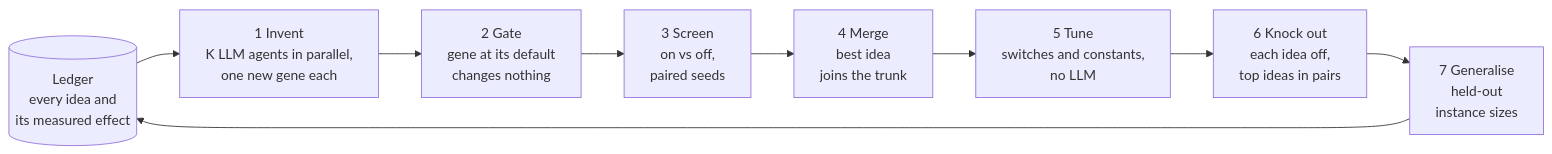
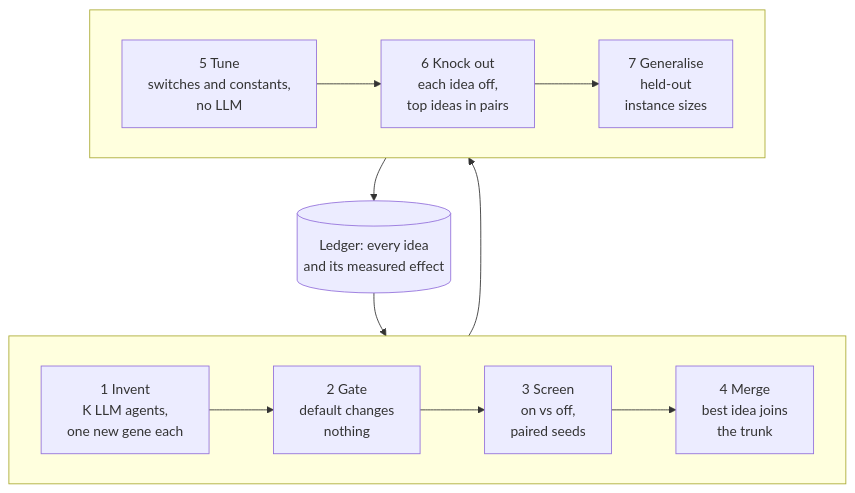
Before and after one commit to hashkanna/mendel-evolve: the diagram in README.md, drawn with Mermaid.

Commit message:
README: lay the loop diagram out in two rows so it reads at normal size
Claude-Session: https://claude.ai/code/session_01HSdx7AmrScJ1XGWL81HwQ7

````diff
--- a/README.md
+++ b/README.md
@@ -63,11 +63,15 @@
 ```mermaid
-flowchart LR
-    L[("Ledger<br/>every idea and<br/>its measured effect")] --> I["1 Invent<br/>K LLM agents in parallel,<br/>one new gene each"]
-    I --> G["2 Gate<br/>gene at its default<br/>changes nothing"]
-    G --> S["3 Screen<br/>on vs off,<br/>paired seeds"]
-    S --> M["4 Merge<br/>best idea<br/>joins the trunk"]
-    M --> T["5 Tune<br/>switches and constants,<br/>no LLM"]
-    T --> K["6 Knock out<br/>each idea off,<br/>top ideas in pairs"]
-    K --> X["7 Generalise<br/>held-out<br/>instance sizes"]
+flowchart TB
+    L[("Ledger: every idea<br/>and its measured effect")]
+    subgraph propose [" "]
+        direction LR
+        I["1 Invent<br/>K LLM agents,<br/>one new gene each"] --> G["2 Gate<br/>default changes<br/>nothing"] --> S["3 Screen<br/>on vs off,<br/>paired seeds"] --> M["4 Merge<br/>best idea joins<br/>the trunk"]
+    end
+    subgraph measure [" "]
+        direction LR
+        T["5 Tune<br/>switches and constants,<br/>no LLM"] --> K["6 Knock out<br/>each idea off,<br/>top ideas in pairs"] --> X["7 Generalise<br/>held-out<br/>instance sizes"]
+    end
+    L --> I
+    M --> T
     X --> L
 ```
````
